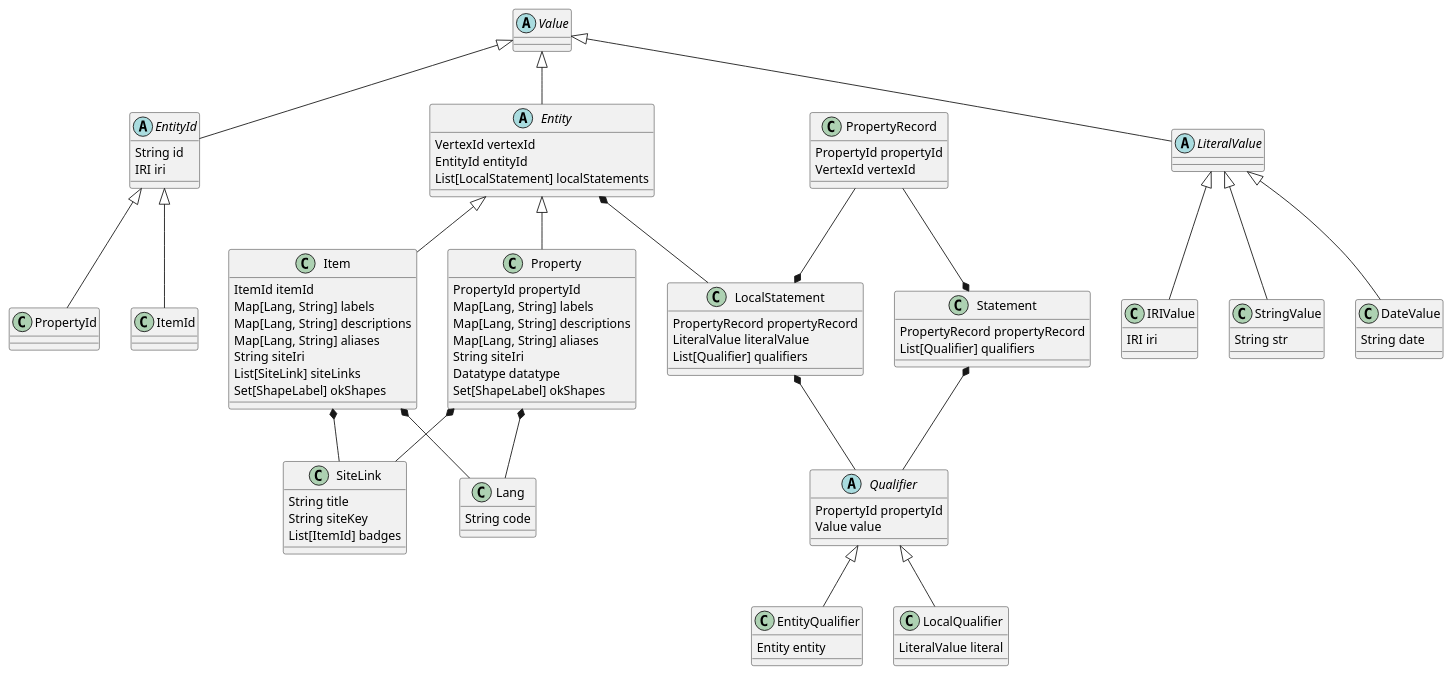
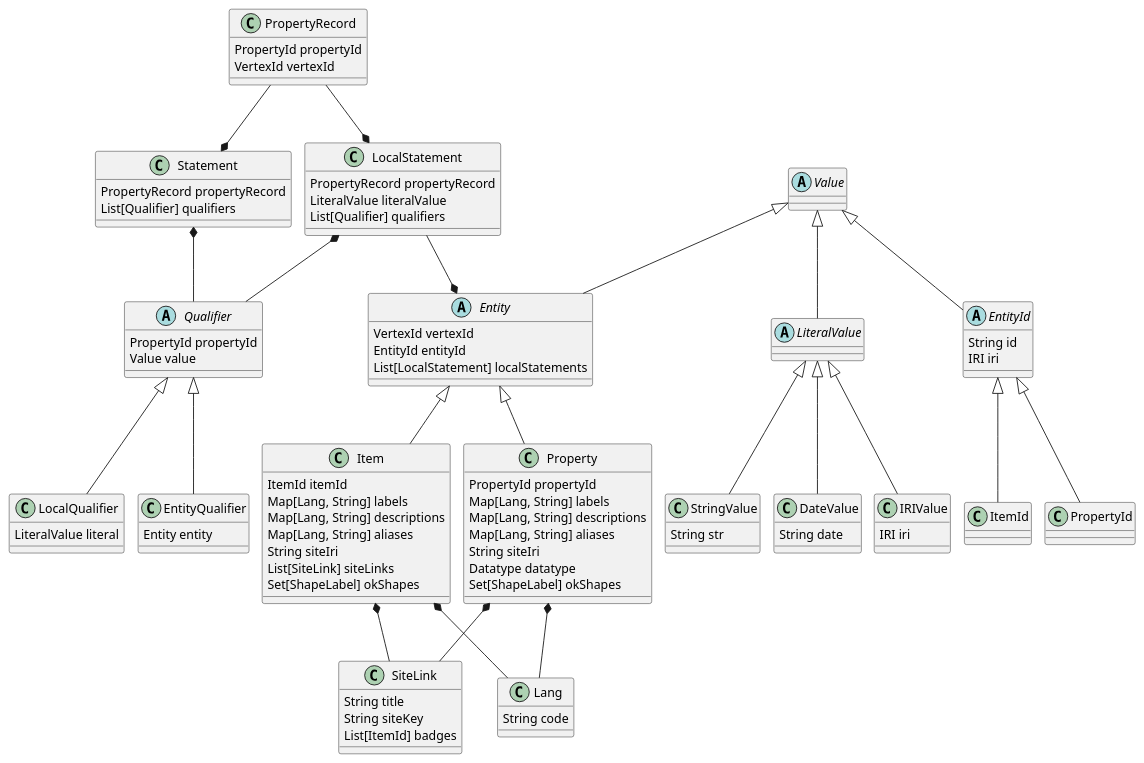
The diagram in docs/figures/diagrams/8-1_wikibaseClassDiagram.pu (angelip2303/tfg), drawn with PlantUML before and after one commit. The commit also changed 7 other files, not shown here.

Commit message:
improving the class diagram

```diff
--- a/docs/figures/diagrams/8-1_wikibaseClassDiagram.pu
+++ b/docs/figures/diagrams/8-1_wikibaseClassDiagram.pu
@@ -1,101 +1,104 @@
 @startuml
+skinparam nodesep 15
+skinparam ranksep 66
+
 abstract class Value { }
 
 abstract class Entity extends Value {
     VertexId vertexId
     EntityId entityId
     List[LocalStatement] localStatements
 }
 
 class Item extends Entity {
     ItemId itemId
     Map[Lang, String] labels
     Map[Lang, String] descriptions
     Map[Lang, String] aliases
     String siteIri
     List[SiteLink] siteLinks
     Set[ShapeLabel] okShapes
 }
 
 class Property extends Entity {
     PropertyId propertyId
     Map[Lang, String] labels
     Map[Lang, String] descriptions
     Map[Lang, String] aliases
     String siteIri
     Datatype datatype
     Set[ShapeLabel] okShapes
 }
 
 abstract class LiteralValue extends Value {}
 
 class StringValue extends LiteralValue {
     String str
 }
 
 class DateValue extends LiteralValue {
     String date
 }
 
 class IRIValue extends LiteralValue {
     IRI iri
 }
 
 abstract class Qualifier {
     PropertyId propertyId
     Value value
 }
 
 class EntityQualifier extends Qualifier {
     Entity entity
 }
 
 class LocalQualifier extends Qualifier {
     LiteralValue literal
 }
 
 class Statement {
     PropertyRecord propertyRecord
     List[Qualifier] qualifiers
 }
 
 class LocalStatement {
     PropertyRecord propertyRecord
     LiteralValue literalValue
     List[Qualifier] qualifiers
 }
 
 class SiteLink {
     String title
     String siteKey
     List[ItemId] badges
 }
 
 abstract class EntityId extends Value {
     String id
     IRI iri
 }
 
 class PropertyId extends EntityId { }
 
 class ItemId extends EntityId { }
 
 class Lang {
     String code
 }
 
 class PropertyRecord {
     PropertyId propertyId
     VertexId vertexId
 }
 
 Item *-- SiteLink
 Property *-- SiteLink
-Entity *-- LocalStatement
+LocalStatement --* Entity
 LocalStatement *-- Qualifier
 Statement *-- Qualifier
 Item *-- Lang
 Property *-- Lang
 PropertyRecord --* LocalStatement
 PropertyRecord --* Statement
 @enduml
```
